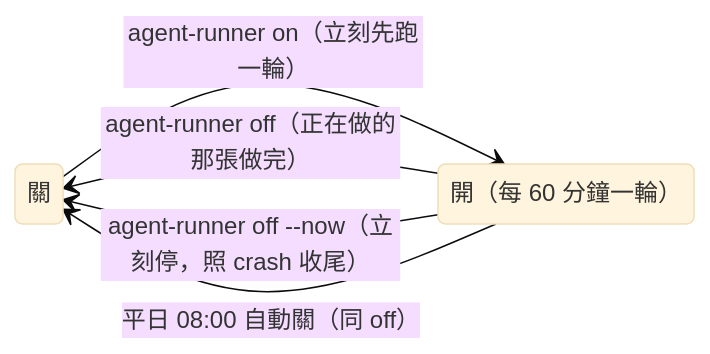
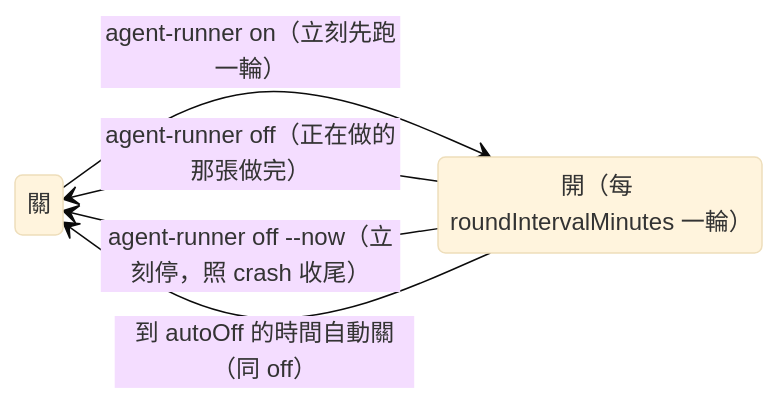
One commit to henry5720/agent-runner changed the sixth of 7 diagrams in README.md. Above: the diagram before and after it, drawn with Mermaid (base theme). The commit also changed other lines of this file, not shown here.

````diff
--- a/README.md
+++ b/README.md
@@ -155,10 +156,10 @@
 ```mermaid
 stateDiagram-v2
   direction LR
   off: 關
-  on: 開（每 60 分鐘一輪）
+  on: 開（每 roundIntervalMinutes 一輪）
   off --> on: agent-runner on（立刻先跑一輪）
   on --> off: agent-runner off（正在做的那張做完）
   on --> off: agent-runner off --now（立刻停，照 crash 收尾）
-  on --> off: 平日 08:00 自動關（同 off）
+  on --> off: 到 autoOff 的時間自動關（同 off）
 ```
````
